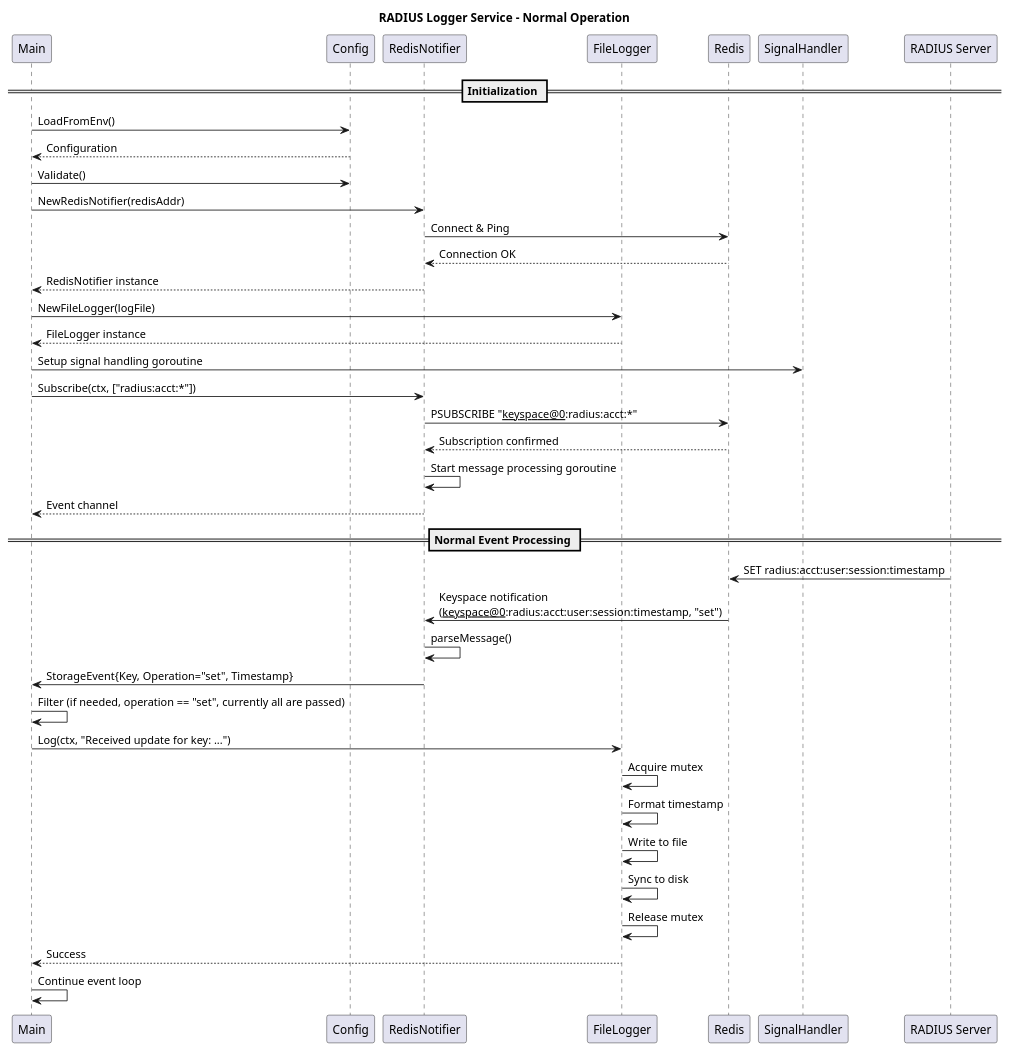
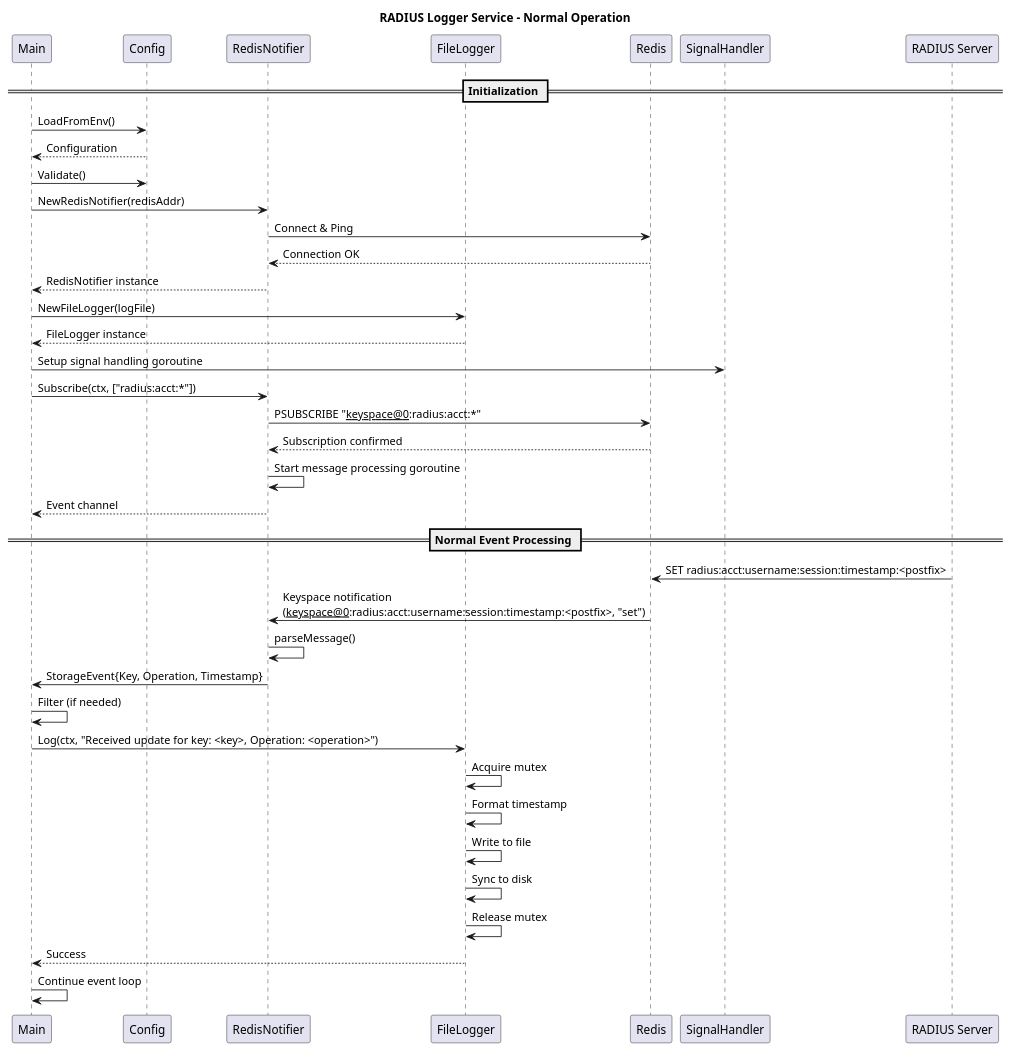
Before and after one commit to kal997/radius-accounting-server: the second of 3 diagrams in docs/diagrams/sequence.md, drawn with PlantUML. The commit also changed other lines of this file and 11 other files, not shown here.

Commit message:
Updates Architecture.md and the diagrams

````diff
--- a/docs/diagrams/sequence.md
+++ b/docs/diagrams/sequence.md
@@ -63,54 +59,52 @@
 ```plantuml
 @startuml logger_normal_operation
-title RADIUS Logger Service - Normal Operation
+title RADIUS Logger Service – Normal Operation
 
 participant "Main" as main
 participant "Config" as config
 participant "RedisNotifier" as notifier
 participant "FileLogger" as logger
 participant "Redis" as redis
 participant "SignalHandler" as signal
 participant "RADIUS Server" as radius_server
 
 == Initialization ==
 main -> config: LoadFromEnv()
 config --> main: Configuration
 main -> config: Validate()
 
 main -> notifier: NewRedisNotifier(redisAddr)
 notifier -> redis: Connect & Ping
 redis --> notifier: Connection OK
 notifier --> main: RedisNotifier instance
 
 main -> logger: NewFileLogger(logFile)
 logger --> main: FileLogger instance
 
 main -> signal: Setup signal handling goroutine
 main -> notifier: Subscribe(ctx, ["radius:acct:*"])
 notifier -> redis: PSUBSCRIBE "__keyspace@0__:radius:acct:*"
 redis --> notifier: Subscription confirmed
 
 notifier -> notifier: Start message processing goroutine
 notifier --> main: Event channel
 
 == Normal Event Processing ==
-radius_server -> redis: SET radius:acct:user:session:timestamp
-redis -> notifier: Keyspace notification\n(__keyspace@0__:radius:acct:user:session:timestamp, "set")
-
+radius_server -> redis: SET radius:acct:username:session:timestamp:<postfix>
+redis -> notifier: Keyspace notification\n(__keyspace@0__:radius:acct:username:session:timestamp:<postfix>, "set")
 notifier -> notifier: parseMessage()
-notifier -> main: StorageEvent{Key, Operation="set", Timestamp}
-
-main -> main: Filter (if needed, operation == "set", currently all are passed)
-main -> logger: Log(ctx, "Received update for key: ...")
+notifier -> main: StorageEvent{Key, Operation, Timestamp}
+main -> main: Filter (if needed)
+main -> logger: Log(ctx, "Received update for key: <key>, Operation: <operation>")
 logger -> logger: Acquire mutex
 logger -> logger: Format timestamp
 logger -> logger: Write to file
 logger -> logger: Sync to disk
 logger -> logger: Release mutex
 logger --> main: Success
 
 main -> main: Continue event loop
 
 
 @enduml
 ```
````
